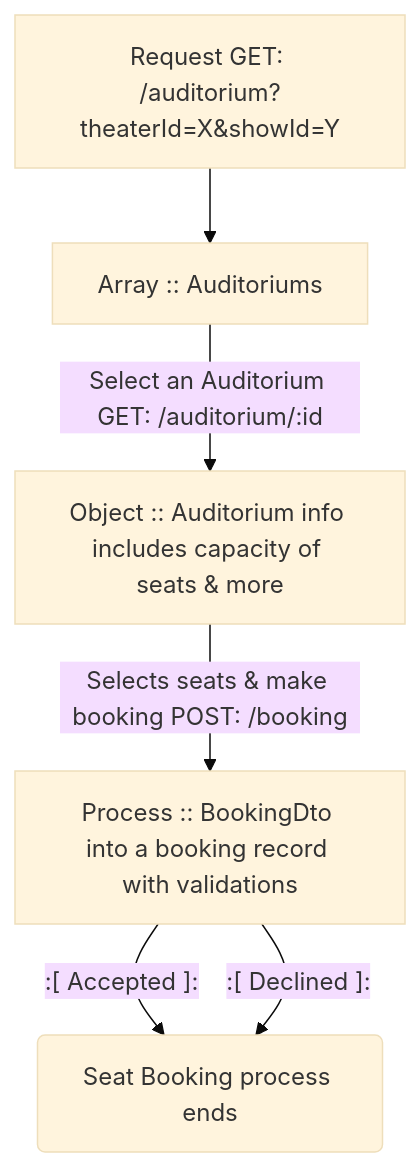
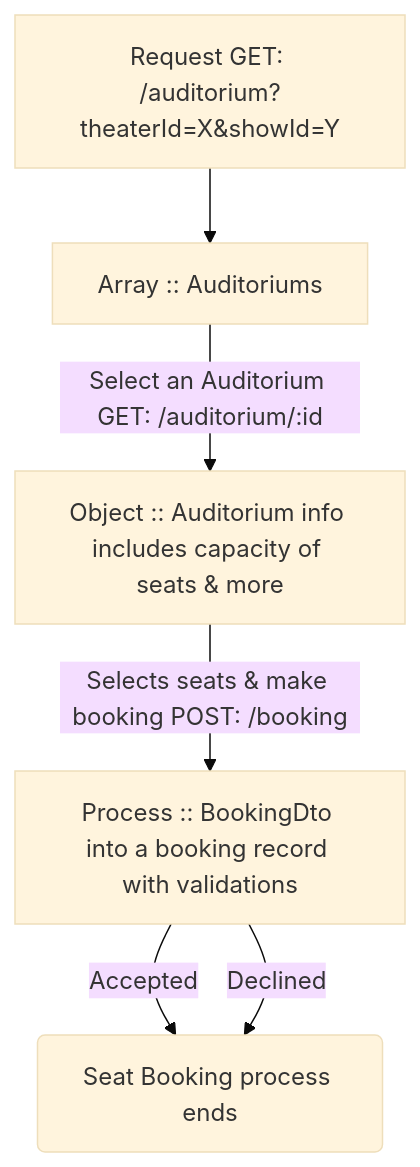
Before and after one commit to mahabubx7/cinebook: the second of 2 diagrams in README.md, drawn with Mermaid (base theme). The commit also changed other lines of this file, not shown here.

Commit message:
fix(readme): fixing-workflow-syntax-error

````diff
--- a/README.md
+++ b/README.md
@@ -30,9 +29,9 @@
 ```mermaid
 flowchart TD
 A[Request GET: /auditorium?theaterId=X&showId=Y] --> B[Array :: Auditoriums];
 B -- Select an Auditorium GET: /auditorium/:id --> C[Object :: Auditorium info includes capacity of seats & more];
 C -- Selects seats & make booking POST: /booking  --> D[Process :: BookingDto into a booking record with validations];
-D -- :[ Accepted ]: --> E;
-D -- :[ Declined ]: --> E;
 E(Seat Booking process ends);
+D --  Accepted  --> E;
+D --  Declined  --> E;
 ```
````
